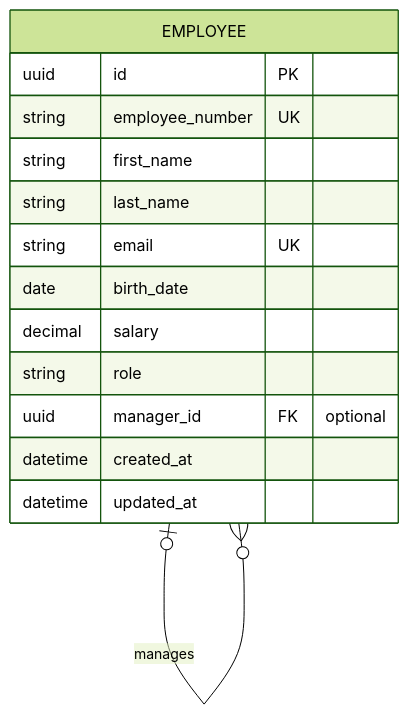
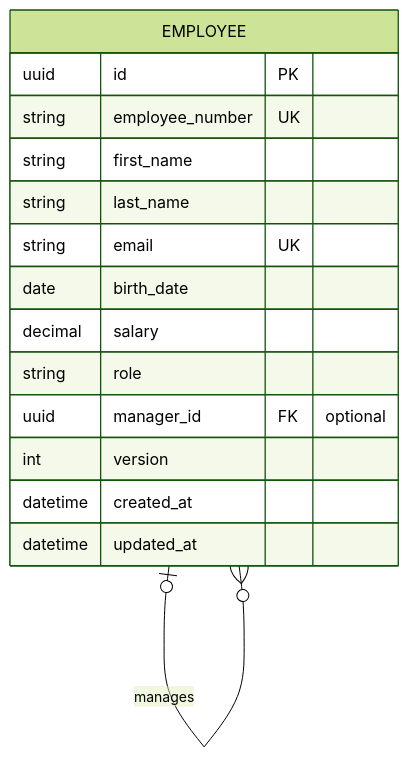
One commit to Ayush-B99/hierarchyHub changed the fourth of 4 diagrams in docs/srs/SRS.md. Above: the diagram before and after it, drawn with Mermaid (forest theme). The commit also changed other lines of this file, not shown here.

Commit message:
Add use case diagrams, statuses and how each requirement is met

````diff
--- a/docs/srs/SRS.md
+++ b/docs/srs/SRS.md
@@ -211,17 +405,18 @@
 ```mermaid
 erDiagram
     EMPLOYEE |o--o{ EMPLOYEE : "manages"
     EMPLOYEE {
         uuid id PK
         string employee_number UK
         string first_name
         string last_name
         string email UK
         date birth_date
         decimal salary
         string role
         uuid manager_id FK "optional"
+        int version
         datetime created_at
         datetime updated_at
     }
 ```
````
